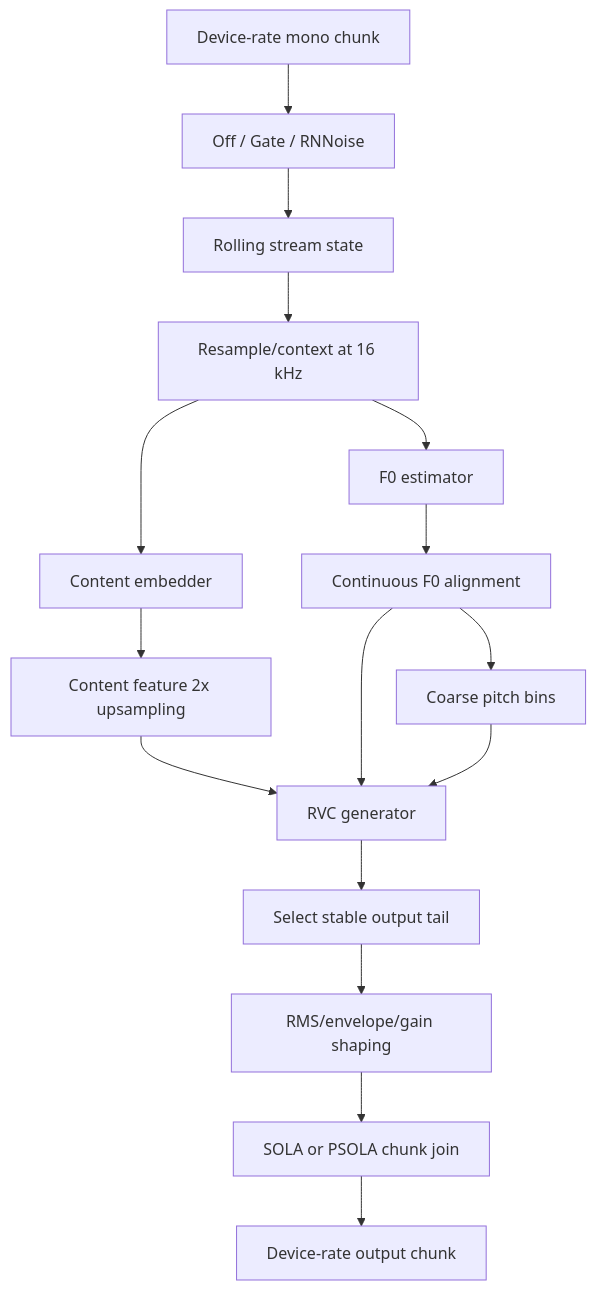
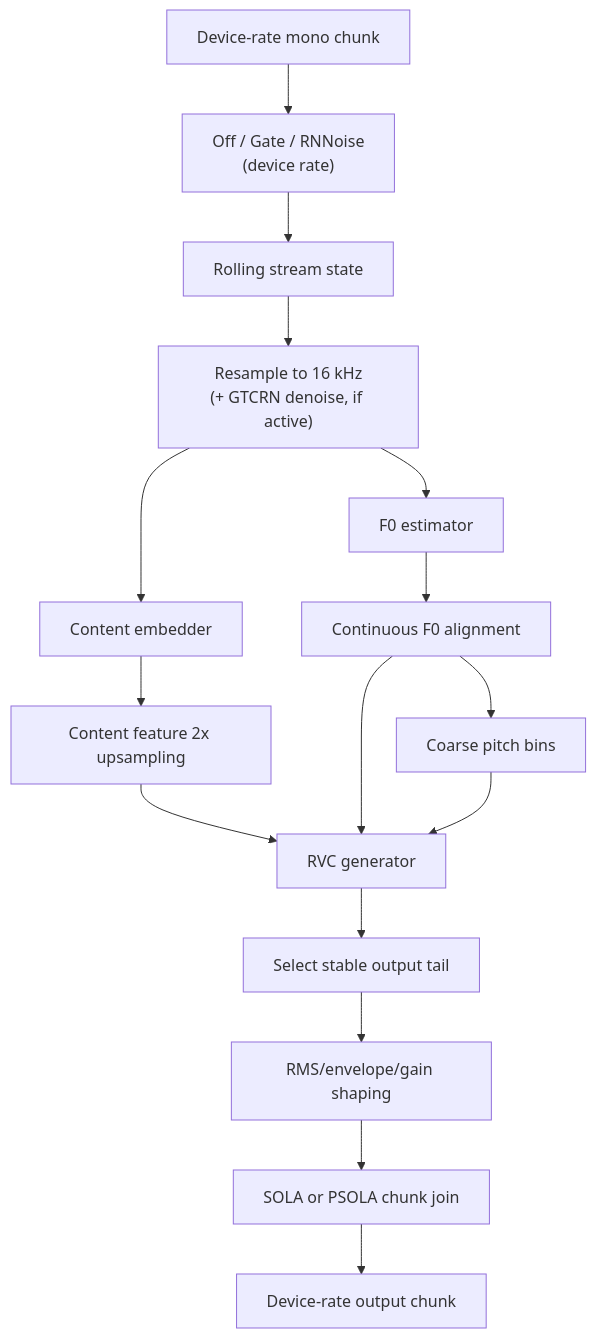
One commit to ImWuMie/vc-rs changed the second of 2 diagrams in docs/architecture.md. Above: the diagram before and after it, drawn with Mermaid. The commit also changed other lines of this file and 7 other files, not shown here.

````diff
--- a/docs/architecture.md
+++ b/docs/architecture.md
@@ -127,18 +127,18 @@
 ```mermaid
 flowchart TD
-    input["Device-rate mono chunk"] --> denoise["Off / Gate / RNNoise"]
+    input["Device-rate mono chunk"] --> denoise["Off / Gate / RNNoise<br/>(device rate)"]
     denoise --> state["Rolling stream state"]
-    state --> resample["Resample/context at 16 kHz"]
+    state --> resample["Resample to 16 kHz<br/>(+ GTCRN denoise, if active)"]
     resample --> embed["Content embedder"]
     resample --> f0["F0 estimator"]
     embed --> feats["Content feature 2x upsampling"]
     f0 --> pitchf["Continuous F0 alignment"]
     pitchf --> coarse["Coarse pitch bins"]
     feats --> rvc["RVC generator"]
     pitchf --> rvc
     coarse --> rvc
     rvc --> tail["Select stable output tail"]
     tail --> level["RMS/envelope/gain shaping"]
     level --> join["SOLA or PSOLA chunk join"]
     join --> device["Device-rate output chunk"]
 ```
````
